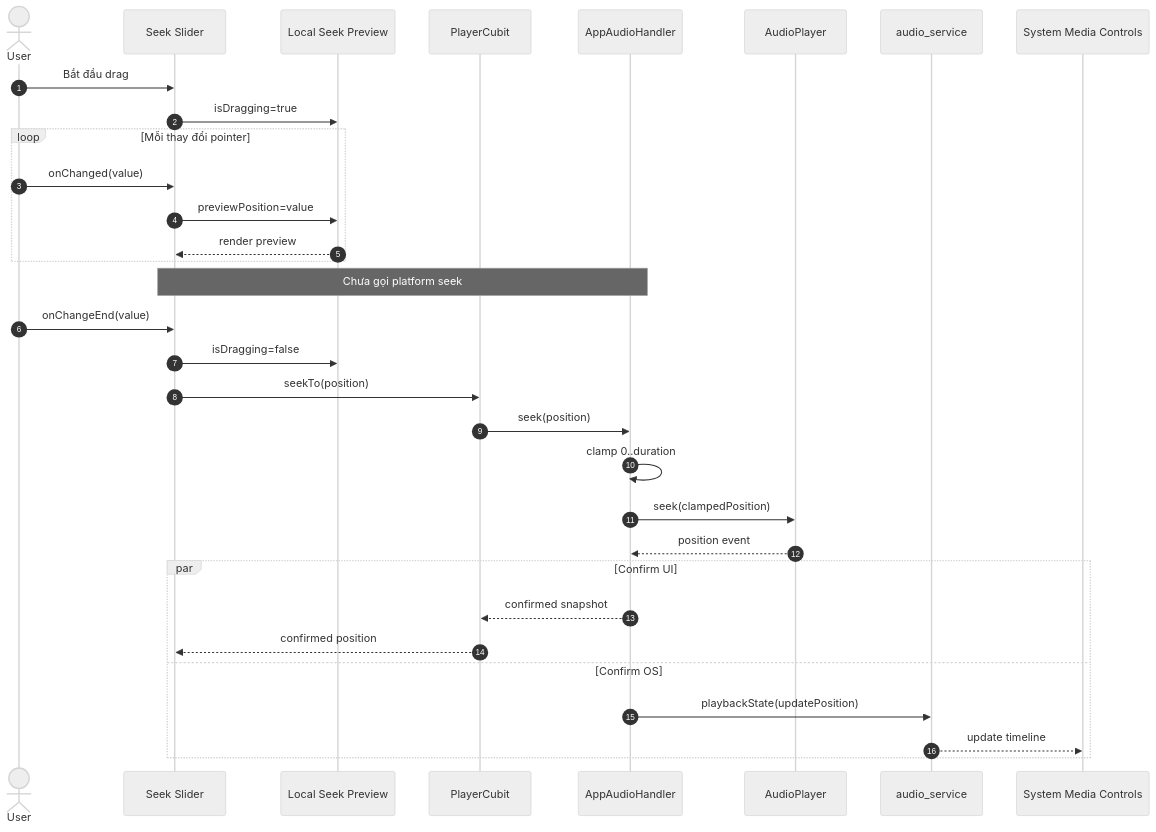
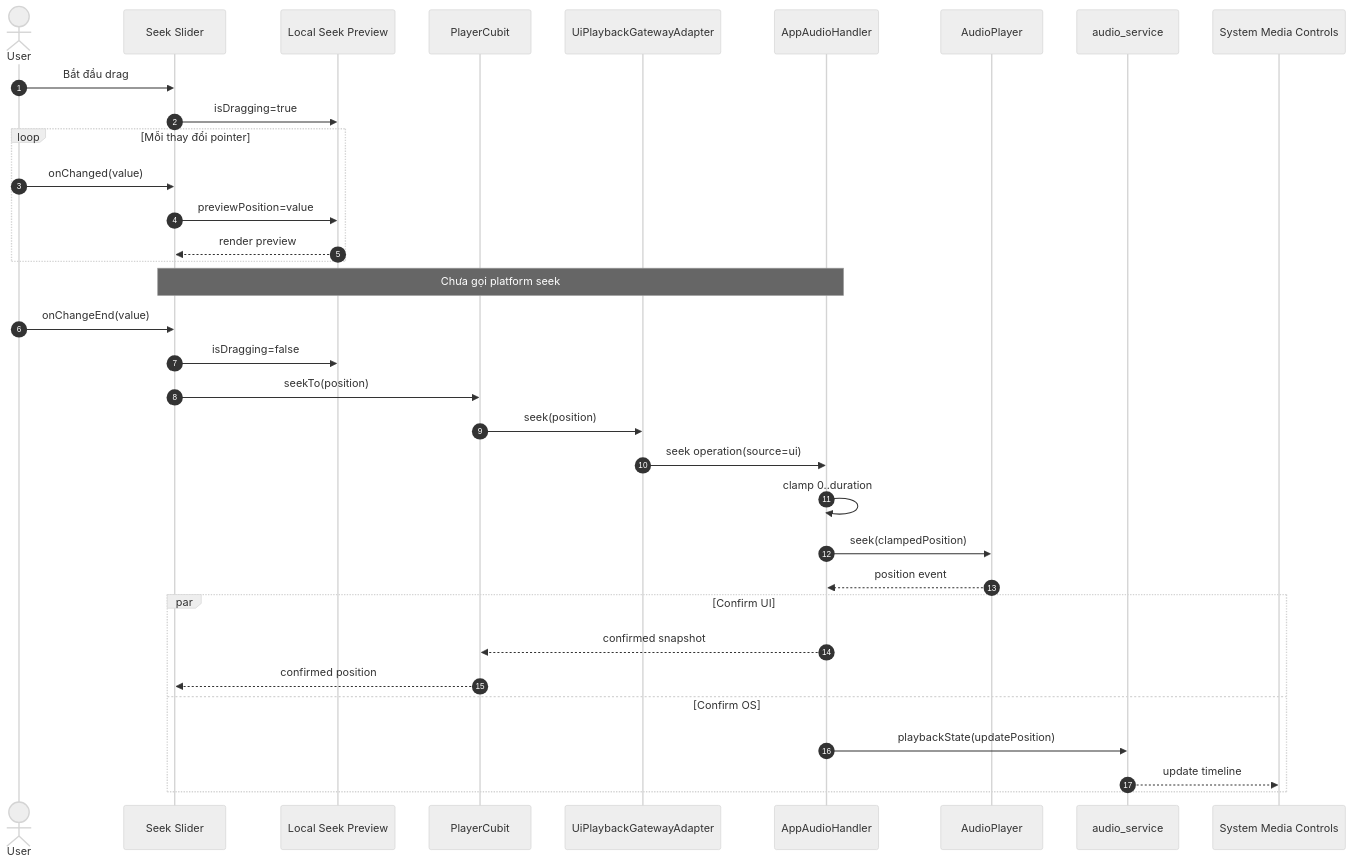
The sixth of 29 diagrams in docs/player-behavioral-diagrams.md (ViUniverse/ViListen), drawn with Mermaid (neutral theme) before and after one commit. The commit also changed other lines of this file and 4 other files, not shown here.

````diff
--- a/docs/player-behavioral-diagrams.md
+++ b/docs/player-behavioral-diagrams.md
@@ -353,39 +387,41 @@
 ```mermaid
 sequenceDiagram
 autonumber
 actor User
 participant Slider as Seek Slider
 participant Local as Local Seek Preview
 participant Cubit as PlayerCubit
+participant Gateway as UiPlaybackGatewayAdapter
 participant Handler as AppAudioHandler
 participant Engine as AudioPlayer
 participant AS as audio_service
 participant OS as System Media Controls
 
 User->>Slider: Bắt đầu drag
 Slider->>Local: isDragging=true
 
 loop Mỗi thay đổi pointer
   User->>Slider: onChanged(value)
   Slider->>Local: previewPosition=value
   Local-->>Slider: render preview
 end
 
 Note over Slider,Handler: Chưa gọi platform seek
 
 User->>Slider: onChangeEnd(value)
 Slider->>Local: isDragging=false
 Slider->>Cubit: seekTo(position)
-Cubit->>Handler: seek(position)
+Cubit->>Gateway: seek(position)
+Gateway->>Handler: seek operation(source=ui)
 Handler->>Handler: clamp 0..duration
 Handler->>Engine: seek(clampedPosition)
 Engine-->>Handler: position event
 
 par Confirm UI
   Handler-->>Cubit: confirmed snapshot
   Cubit-->>Slider: confirmed position
 and Confirm OS
   Handler->>AS: playbackState(updatePosition)
   AS-->>OS: update timeline
 end
 ```
````
